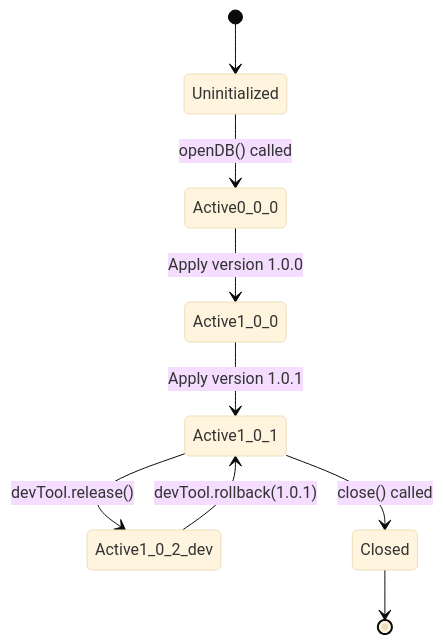
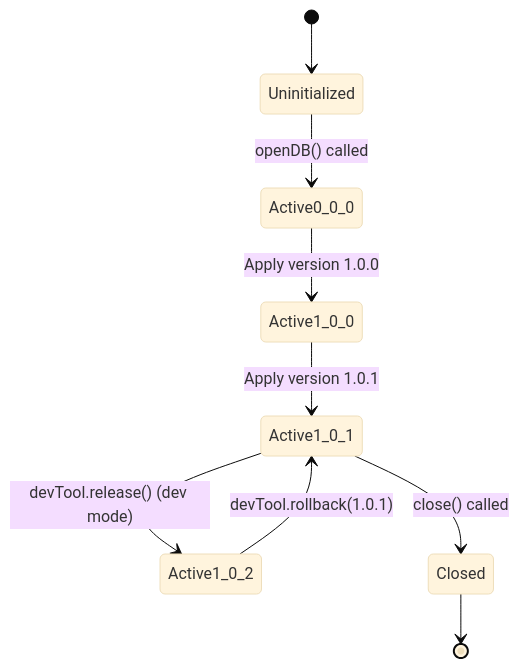
Before and after one commit to wuchuheng/web-sqlite-v2: the sixth of 7 diagrams in docs/05-design/02-schema/01-database.md, drawn with Mermaid (base theme). The commit also changed other lines of this file and 15 other files, not shown here.

````diff
--- a/docs/05-design/02-schema/01-database.md
+++ b/docs/05-design/02-schema/01-database.md
@@ -382,11 +384,11 @@
 ```mermaid
 stateDiagram-v2
     [*] --> Uninitialized
     Uninitialized --> Active0_0_0: openDB() called
     Active0_0_0 --> Active1_0_0: Apply version 1.0.0
     Active1_0_0 --> Active1_0_1: Apply version 1.0.1
-    Active1_0_1 --> Active1_0_2_dev: devTool.release()
-    Active1_0_2_dev --> Active1_0_1: devTool.rollback(1.0.1)
+    Active1_0_1 --> Active1_0_2: devTool.release() (dev mode)
+    Active1_0_2 --> Active1_0_1: devTool.rollback(1.0.1)
     Active1_0_1 --> Closed: close() called
     Closed --> [*]
 ```
````
